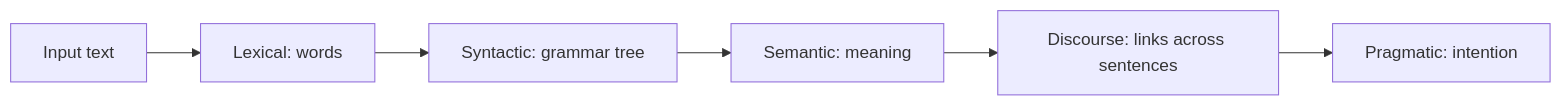
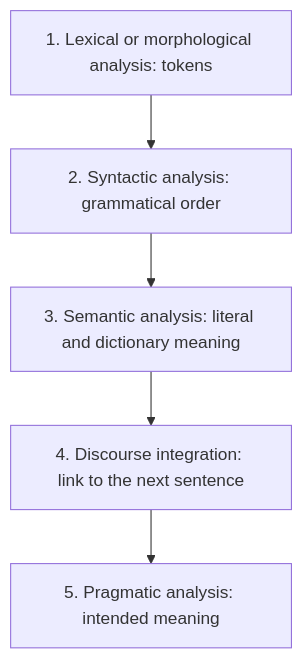
Before and after one commit to TrendySloth1001/sem-seven-notes: the diagram in content/natural-language-processing/pyq/2024-12/q3b.mdx, drawn with Mermaid. The commit also changed other lines of this file and 406 other files, not shown here.

````diff
--- a/content/natural-language-processing/pyq/2024-12/q3b.mdx
+++ b/content/natural-language-processing/pyq/2024-12/q3b.mdx
@@ -19,9 +13,8 @@
 ```mermaid
-%% caption: The stages of NLP in order. Each stage takes the output of the one before and adds a deeper level of understanding.
-flowchart LR
-  A["Input text"] --> B["Lexical: words"]
-  B --> C["Syntactic: grammar tree"]
-  C --> D["Semantic: meaning"]
-  D --> E["Discourse: links across sentences"]
-  E --> F["Pragmatic: intention"]
+%% caption: The five stages of NLP in order. Each stage checks one more thing about the sentence.
+flowchart TD
+  A["1. Lexical or morphological analysis: tokens"] --> B["2. Syntactic analysis: grammatical order"]
+  B --> C["3. Semantic analysis: literal and dictionary meaning"]
+  C --> D["4. Discourse integration: link to the next sentence"]
+  D --> E["5. Pragmatic analysis: intended meaning"]
 ```
````
